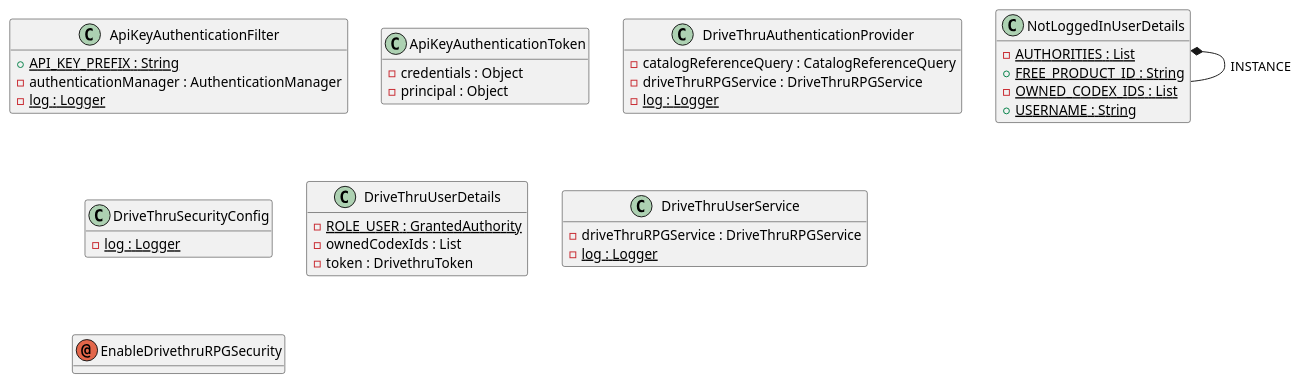
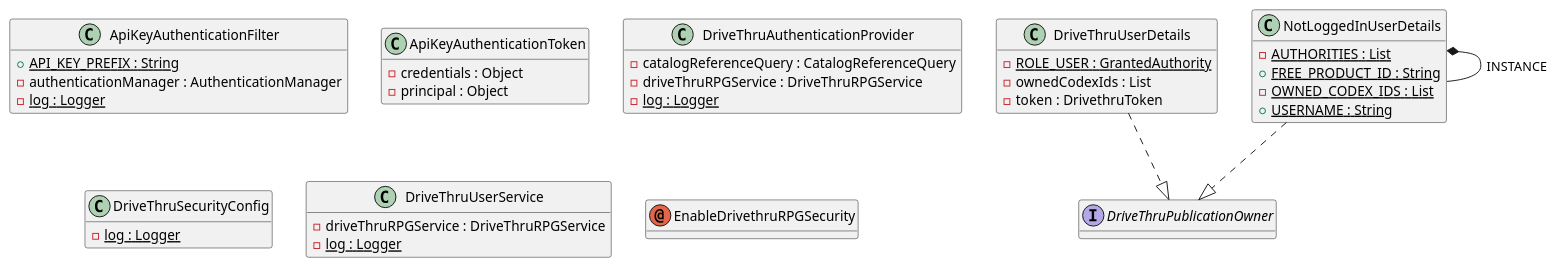
The diagram in docs/modules/arc42/images/uml/classes/torg-codex-application-security.puml (Paladins-Inn/torg-codex), drawn with PlantUML before and after one commit. The commit also changed 176 other files, not shown here.

```diff
--- a/docs/modules/arc42/images/uml/classes/torg-codex-application-security.puml
+++ b/docs/modules/arc42/images/uml/classes/torg-codex-application-security.puml
@@ -1,87 +1,94 @@
 @startuml
 
 class ApiKeyAuthenticationFilter {
 	{field} {static} +API_KEY_PREFIX : String
 	{field} -authenticationManager : AuthenticationManager
 	{field} {static} -log : Logger
 	{method} #doFilterInternal ( request : HttpServletRequest , response : HttpServletResponse , filterChain : FilterChain ) : void
 }
 
 
 class ApiKeyAuthenticationToken {
 	{field} -credentials : Object
 	{field} -principal : Object
 	{method}  {static} +authenticated ( userDetails : DriveThruUserDetails ) : ApiKeyAuthenticationToken
 	{method} +eraseCredentials () : void
 	{method}  {static} +unauthenticated ( apiKey : String ) : ApiKeyAuthenticationToken
 }
 
 
 class DriveThruAuthenticationProvider {
 	{field} -catalogReferenceQuery : CatalogReferenceQuery
 	{field} -driveThruRPGService : DriveThruRPGService
 	{field} {static} -log : Logger
 	{method} +authenticate ( authentication : Authentication ) : Authentication
 	{method} -resolveOwnedCodexIds ( token : DrivethruToken ) : List
 	{method} +supports ( authClass : Class ) : boolean
+}
+
+
+interface DriveThruPublicationOwner {
+	{method}  {abstract} +ownedCodexIds () : List
 }
 
 
 class DriveThruSecurityConfig {
 	{field} {static} -log : Logger
 	{method} +authenticationManager ( provider : DriveThruAuthenticationProvider ) : AuthenticationManager
 	{method} +driveThruSecurityFilterChain ( http : HttpSecurity , authenticationManager : AuthenticationManager ) : SecurityFilterChain
 }
 
 
 class DriveThruUserDetails {
 	{field} {static} -ROLE_USER : GrantedAuthority
 	{field} -ownedCodexIds : List
 	{field} -token : DrivethruToken
 	{method} +equals ( o : Object ) : boolean
 	{method} +getAuthorities () : Collection
 	{method} +getBearerToken () : String
 	{method} +getCustomerId () : String
 	{method} +getPassword () : String
 	{method} +getUsername () : String
 	{method} +hashCode () : int
 	{method} +isAccountNonExpired () : boolean
 	{method} +isAccountNonLocked () : boolean
 	{method} +isCredentialsNonExpired () : boolean
 	{method} +isEnabled () : boolean
 	{method} +ownedCodexIds () : List
 	{method} +toString () : String
 	{method} +token () : DrivethruToken
 }
 
 
 class DriveThruUserService {
 	{field} -driveThruRPGService : DriveThruRPGService
 	{field} {static} -log : Logger
 	{method} +getCurrentUser () : Optional
 	{method} +getOwnedProductIds () : List
 	{method} +getOwnedProducts ( page : int , pageSize : int , archived : int ) : List
 	{method} +requireCurrentUser () : DriveThruUserDetails
 }
 
 
 annotation EnableDrivethruRPGSecurity
 
 class NotLoggedInUserDetails {
 	{field} {static} -AUTHORITIES : List
 	{field} {static} +FREE_PRODUCT_ID : String
 	{field} {static} -OWNED_CODEX_IDS : List
 	{field} {static} +USERNAME : String
-	{method} +getOwnedCodexIds () : List
 	{method} +getPassword () : String
+	{method} +ownedCodexIds () : List
 	{method} +toString () : String
 }
 
 
 
 
+DriveThruUserDetails ..|>  DriveThruPublicationOwner
 NotLoggedInUserDetails *--  NotLoggedInUserDetails : INSTANCE
+NotLoggedInUserDetails ..|>  DriveThruPublicationOwner
 
 hide methods
 
 @enduml
```
